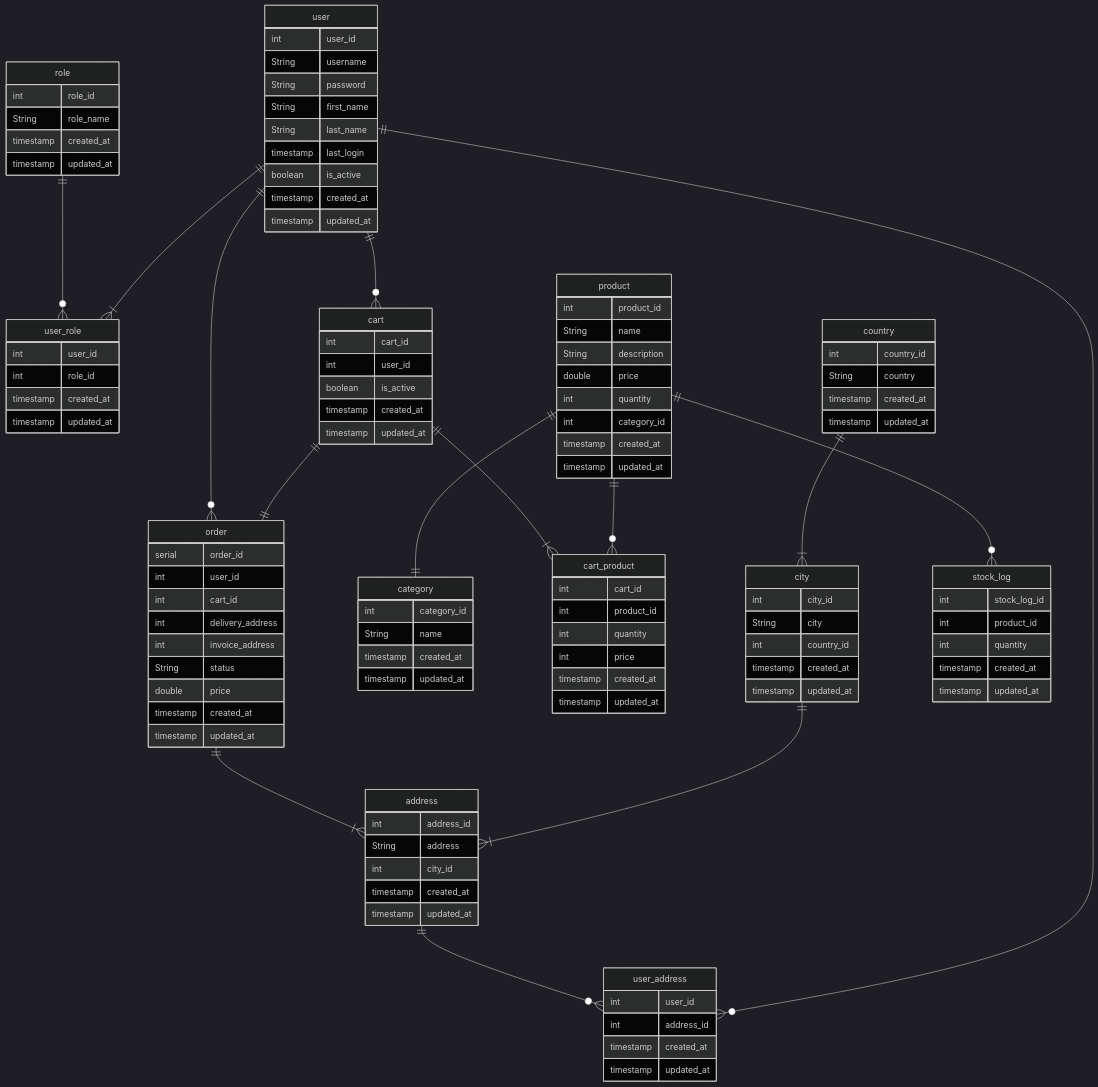
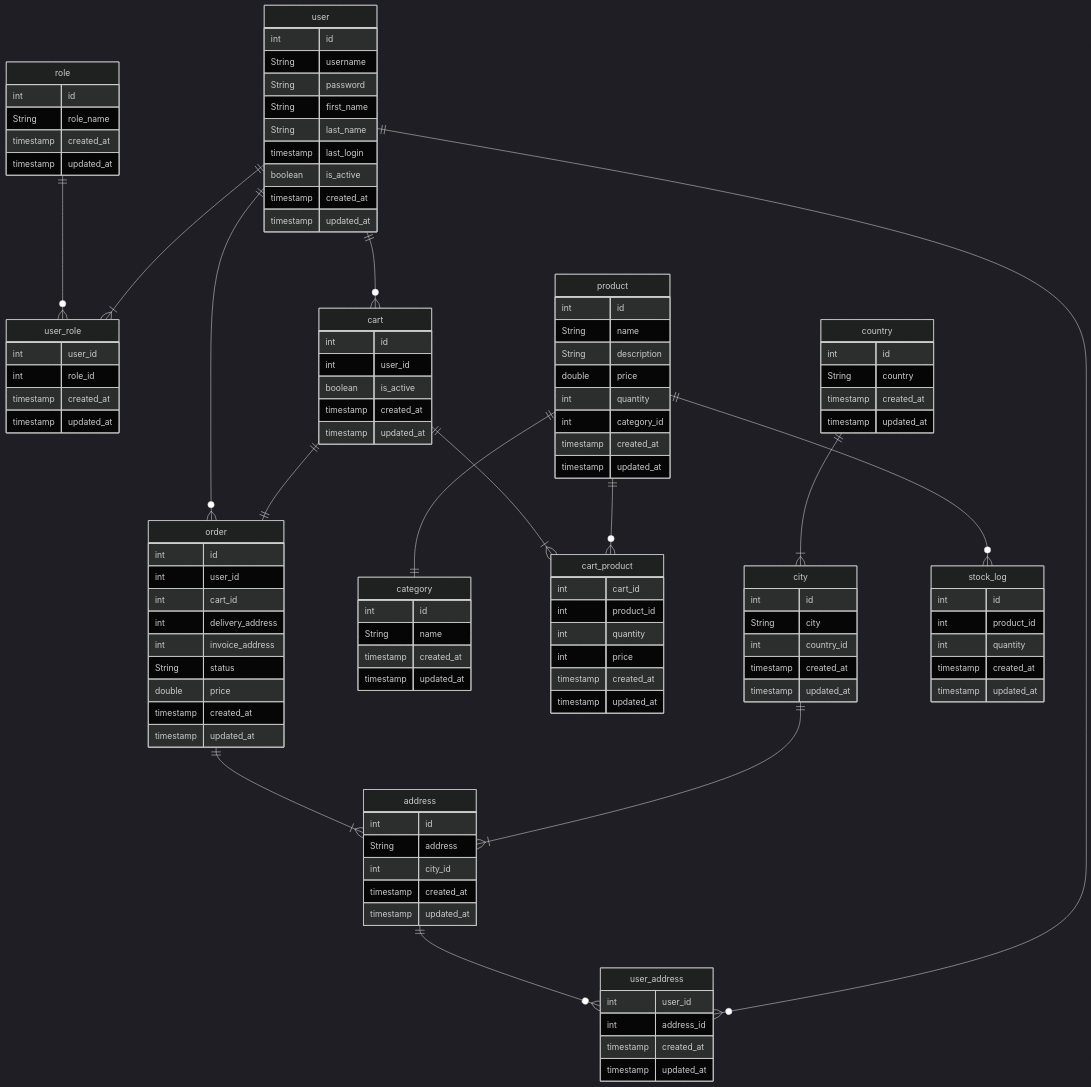
The diagram in online.shop.md (SamyBP/OnlineShop), drawn with Mermaid (dark theme) before and after one commit.

Commit message:
updated ids

````diff
--- a/online.shop.md
+++ b/online.shop.md
@@ -1,7 +1,7 @@
 ```mermaid
 erDiagram
     user {
-        int user_id
+        int id
         String username
         String password
         String first_name
@@ -13,7 +13,7 @@
     }
 
     role {
-        int role_id
+        int id
         String role_name
         timestamp created_at
         timestamp updated_at
@@ -34,7 +34,7 @@
     }
 
     address {
-        int address_id
+        int id
         String address
         int city_id
         timestamp created_at
@@ -42,7 +42,7 @@
     }
 
     city {
-        int city_id
+        int id
         String city
         int country_id
         timestamp created_at
@@ -50,21 +50,21 @@
     }
 
     country {
-        int country_id
+        int id
         String country
         timestamp created_at
         timestamp updated_at
     }
 
     category{
-        int category_id
+        int id
         String name
         timestamp created_at
         timestamp updated_at
     }
 
     product {
-        int product_id
+        int id
         String name
         String description
         double price
@@ -75,7 +75,7 @@
     }
     
     cart {
-        int cart_id
+        int id
         int user_id
         boolean is_active
         timestamp created_at
@@ -92,7 +92,7 @@
     }
 
     order {
-        serial order_id
+        int id
         int user_id
         int cart_id
         int delivery_address
@@ -104,7 +104,7 @@
     }
     
     stock_log {
-        int stock_log_id
+        int id
         int product_id
         int quantity
         timestamp created_at
````
